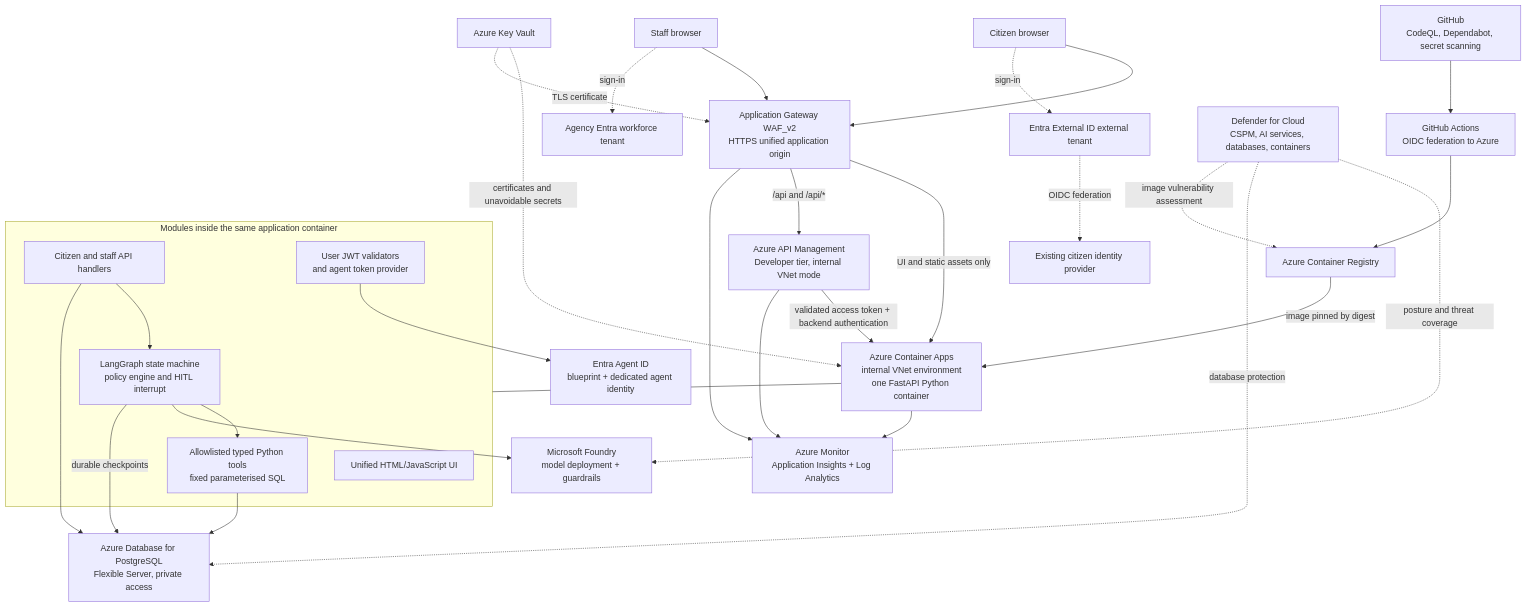
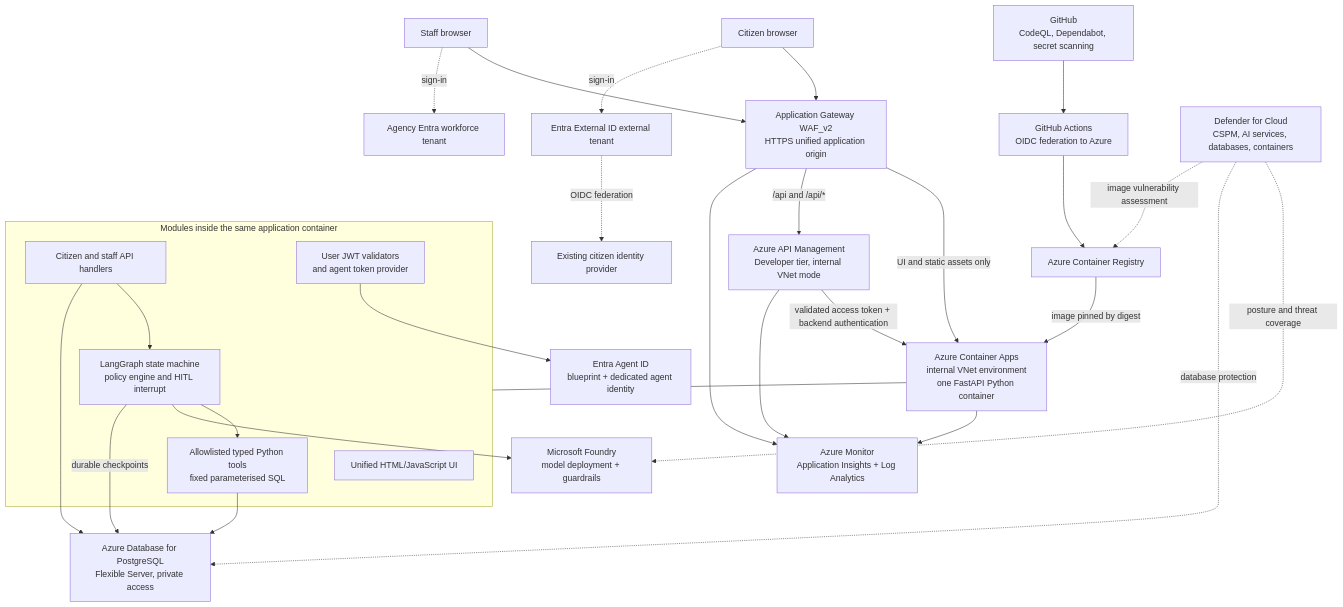
One commit to joetanx/sma-fy27 changed the first of 2 diagrams in plan.md. Above: the diagram before and after it, drawn with Mermaid. The commit also changed other lines of this file, not shown here.

````diff
--- a/plan.md
+++ b/plan.md
@@ -36,40 +34,38 @@
 ```mermaid
 flowchart TB
     Citizen[Citizen browser] --> WAF[Application Gateway WAF_v2\nHTTPS unified application origin]
     Staff[Staff browser] --> WAF
     Citizen -. sign-in .-> External[Entra External ID external tenant]
     External -. OIDC federation .-> CitizenIdP[Existing citizen identity provider]
     Staff -. sign-in .-> Workforce[Agency Entra workforce tenant]
 
     WAF -->|UI and static assets only| App[Azure Container Apps\ninternal VNet environment\none FastAPI Python container]
     WAF -->|/api and /api/*| APIM[Azure API Management\nDeveloper tier, internal VNet mode]
     APIM -->|validated access token + backend authentication| App
 
     subgraph Application[Modules inside the same application container]
         UI[Unified HTML/JavaScript UI]
         API[Citizen and staff API handlers]
         Graph[LangGraph state machine\npolicy engine and HITL interrupt]
         Tools[Allowlisted typed Python tools\nfixed parameterised SQL]
         Auth[User JWT validators\nand agent token provider]
     end
     App --- Application
     API --> Graph
     Graph --> Tools
     Graph --> Foundry[Microsoft Foundry\nmodel deployment + guardrails]
     Auth --> AgentID[Entra Agent ID\nblueprint + dedicated agent identity]
     Tools --> PG[Azure Database for PostgreSQL\nFlexible Server, private access]
     API --> PG
     Graph -->|durable checkpoints| PG
 
     GitHub[GitHub\nCodeQL, Dependabot, secret scanning] --> Actions[GitHub Actions\nOIDC federation to Azure]
     Actions --> ACR[Azure Container Registry]
     ACR -->|image pinned by digest| App
     App --> Monitor[Azure Monitor\nApplication Insights + Log Analytics]
     WAF --> Monitor
     APIM --> Monitor
     Defender[Defender for Cloud\nCSPM, AI services, databases, containers] -. posture and threat coverage .-> Foundry
     Defender -. database protection .-> PG
     Defender -. image vulnerability assessment .-> ACR
-    KeyVault[Azure Key Vault] -. certificates and unavoidable secrets .-> App
-    KeyVault -. TLS certificate .-> WAF
 ```
````
